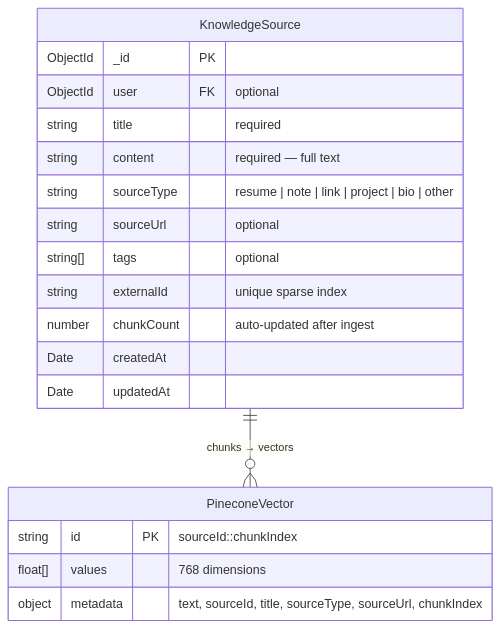
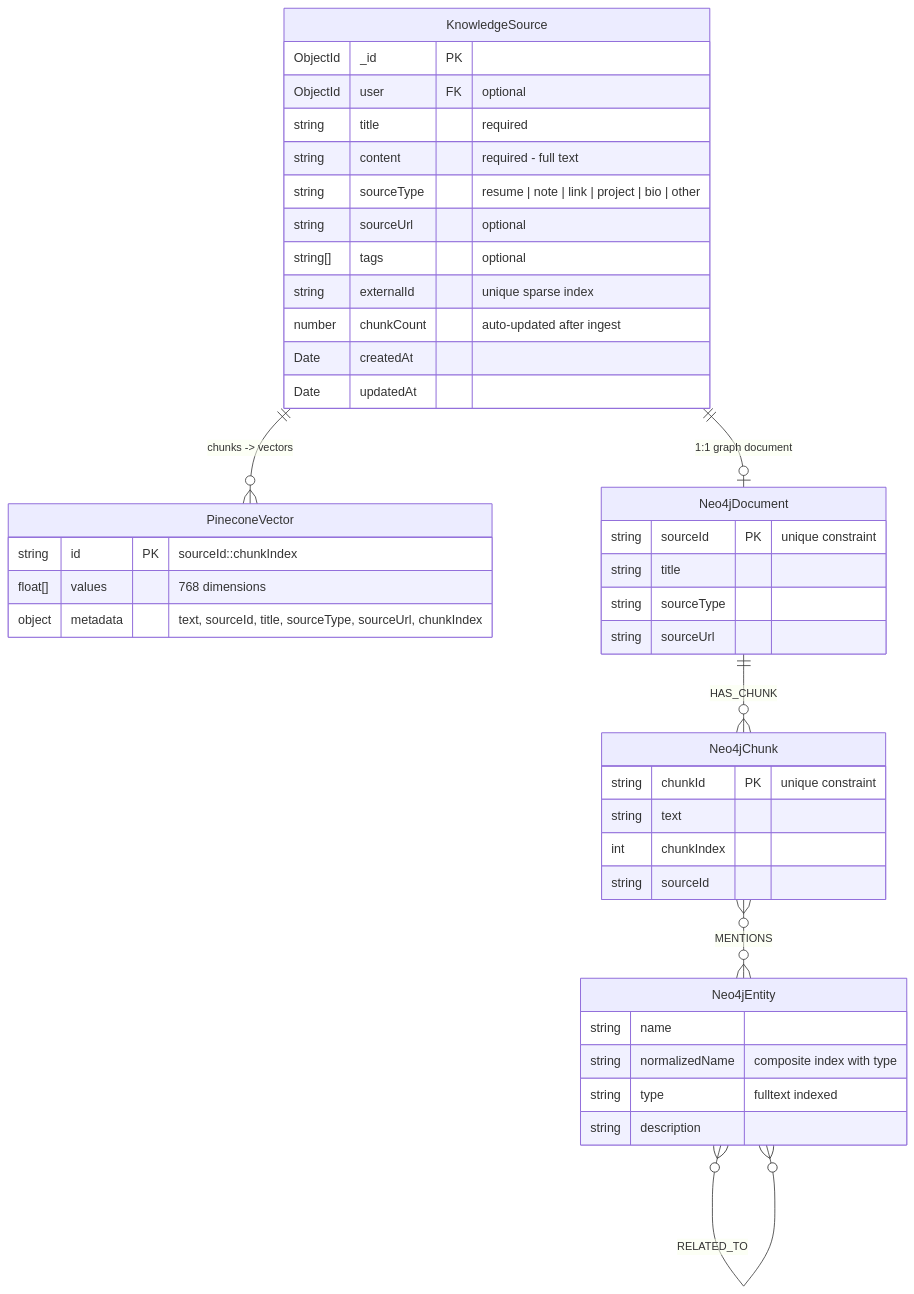
The ninth of 11 diagrams in RAG.md (hoangsonww/AI-RAG-Assistant-Chatbot), drawn with Mermaid before and after one commit. The commit also changed other lines of this file and 32 other files, not shown here.

First line of the commit message:
feat(rag): add hybrid Pinecone+Neo4j retrieval, graph ingestion, and CLI graph management

````diff
--- a/RAG.md
+++ b/RAG.md
@@ -341,24 +656,49 @@
 ```mermaid
 erDiagram
   KnowledgeSource {
     ObjectId _id PK
     ObjectId user FK "optional"
     string title "required"
-    string content "required — full text"
+    string content "required - full text"
     string sourceType "resume | note | link | project | bio | other"
     string sourceUrl "optional"
     string[] tags "optional"
     string externalId "unique sparse index"
     number chunkCount "auto-updated after ingest"
     Date createdAt
     Date updatedAt
   }
 
   PineconeVector {
     string id PK "sourceId::chunkIndex"
     float[] values "768 dimensions"
     object metadata "text, sourceId, title, sourceType, sourceUrl, chunkIndex"
   }
 
-  KnowledgeSource ||--o{ PineconeVector : "chunks → vectors"
+  Neo4jDocument {
+    string sourceId PK "unique constraint"
+    string title
+    string sourceType
+    string sourceUrl
+  }
+
+  Neo4jChunk {
+    string chunkId PK "unique constraint"
+    string text
+    int chunkIndex
+    string sourceId
+  }
+
+  Neo4jEntity {
+    string name
+    string normalizedName "composite index with type"
+    string type "fulltext indexed"
+    string description
+  }
+
+  KnowledgeSource ||--o{ PineconeVector : "chunks -> vectors"
+  KnowledgeSource ||--o| Neo4jDocument : "1:1 graph document"
+  Neo4jDocument ||--o{ Neo4jChunk : "HAS_CHUNK"
+  Neo4jChunk }o--o{ Neo4jEntity : "MENTIONS"
+  Neo4jEntity }o--o{ Neo4jEntity : "RELATED_TO"
 ```
````
